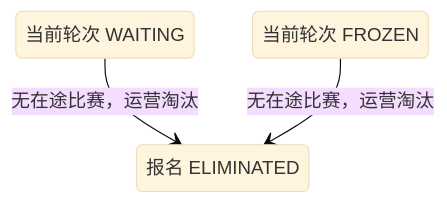
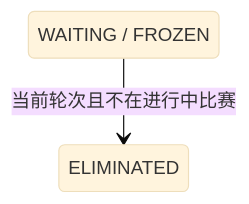
The diagram in blueprint/product/tournament/unmatched-entry-elimination.md (chxt100016/Rally), drawn with Mermaid (base theme) before and after one commit. The commit also changed other lines of this file and 46 other files, not shown here.

````diff
--- a/blueprint/product/tournament/unmatched-entry-elimination.md
+++ b/blueprint/product/tournament/unmatched-entry-elimination.md
@@ -57,9 +48,6 @@
 ```mermaid
 stateDiagram-v2
-    state "当前轮次 WAITING" as ENTRY_WAITING
-    state "当前轮次 FROZEN" as ENTRY_FROZEN
-    state "报名 ELIMINATED" as ENTRY_ELIMINATED
-
-    ENTRY_WAITING --> ENTRY_ELIMINATED : 无在途比赛，运营淘汰
-    ENTRY_FROZEN --> ENTRY_ELIMINATED : 无在途比赛，运营淘汰
+    state "WAITING / FROZEN" as ELIGIBLE
+    state "ELIMINATED" as ELIMINATED
+    ELIGIBLE --> ELIMINATED : 当前轮次且不在进行中比赛
 ```
````
